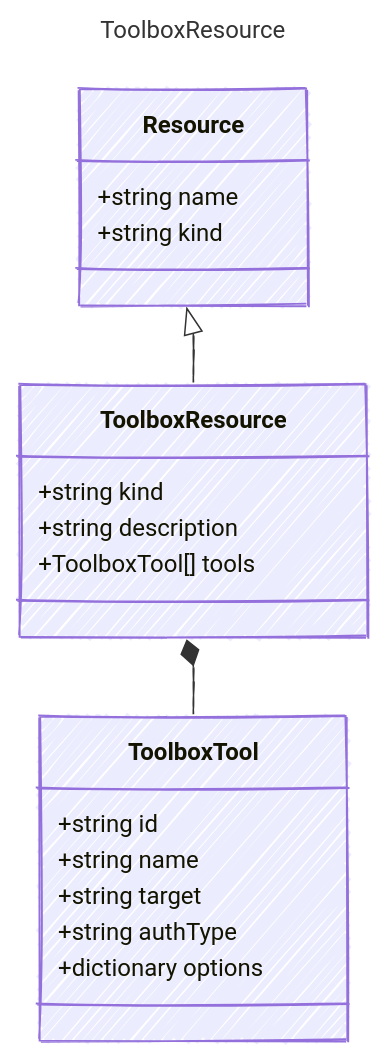
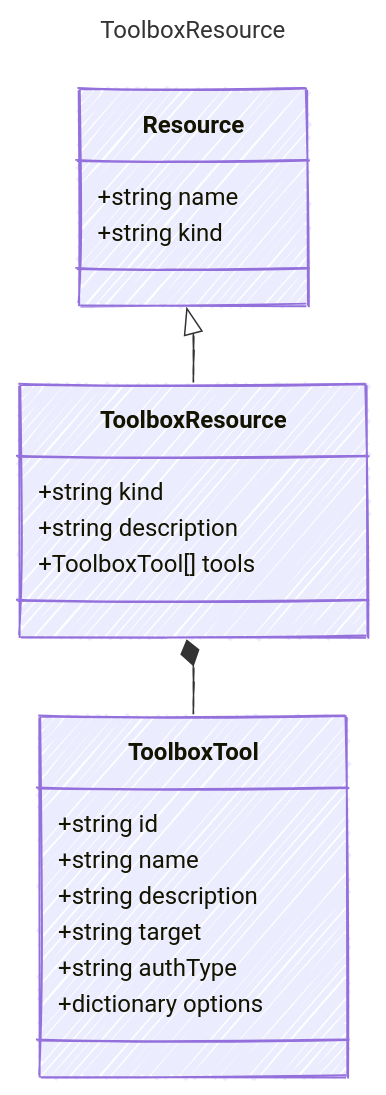
Before and after one commit to microsoft/AgentSchema: the diagram in docs/src/content/docs/reference/ToolboxResource.md, drawn with Mermaid. The commit also changed other lines of this file and 22 other files, not shown here.

````diff
--- a/docs/src/content/docs/reference/ToolboxResource.md
+++ b/docs/src/content/docs/reference/ToolboxResource.md
@@ -12,30 +12,31 @@
 ```mermaid
 ---
 title: ToolboxResource
 config:
   look: handDrawn
   theme: colorful
   class:
     hideEmptyMembersBox: true
 ---
 classDiagram
     class Resource {
         +string name
         +string kind
     }
     Resource <|-- ToolboxResource
     class ToolboxResource {
       
         +string kind
         +string description
         +ToolboxTool[] tools
     }
     class ToolboxTool {
         +string id
         +string name
+        +string description
         +string target
         +string authType
         +dictionary options
     }
     ToolboxResource *-- ToolboxTool
 ```
````
